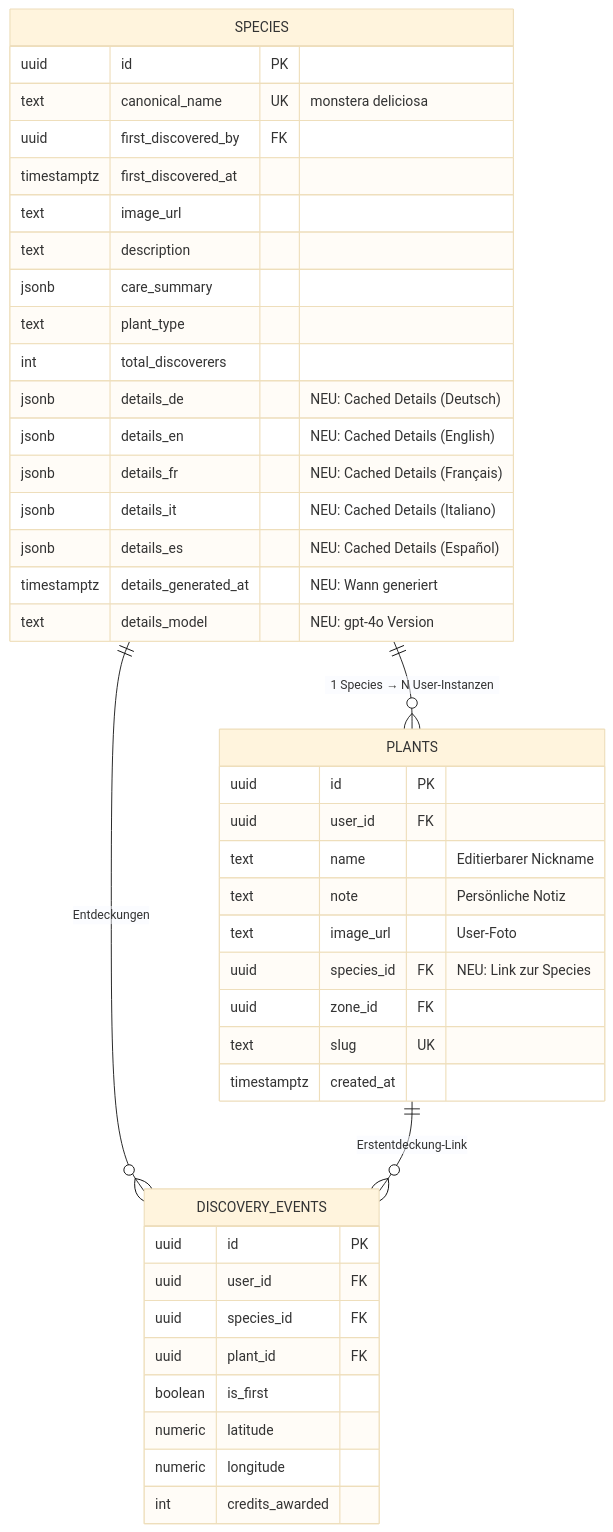
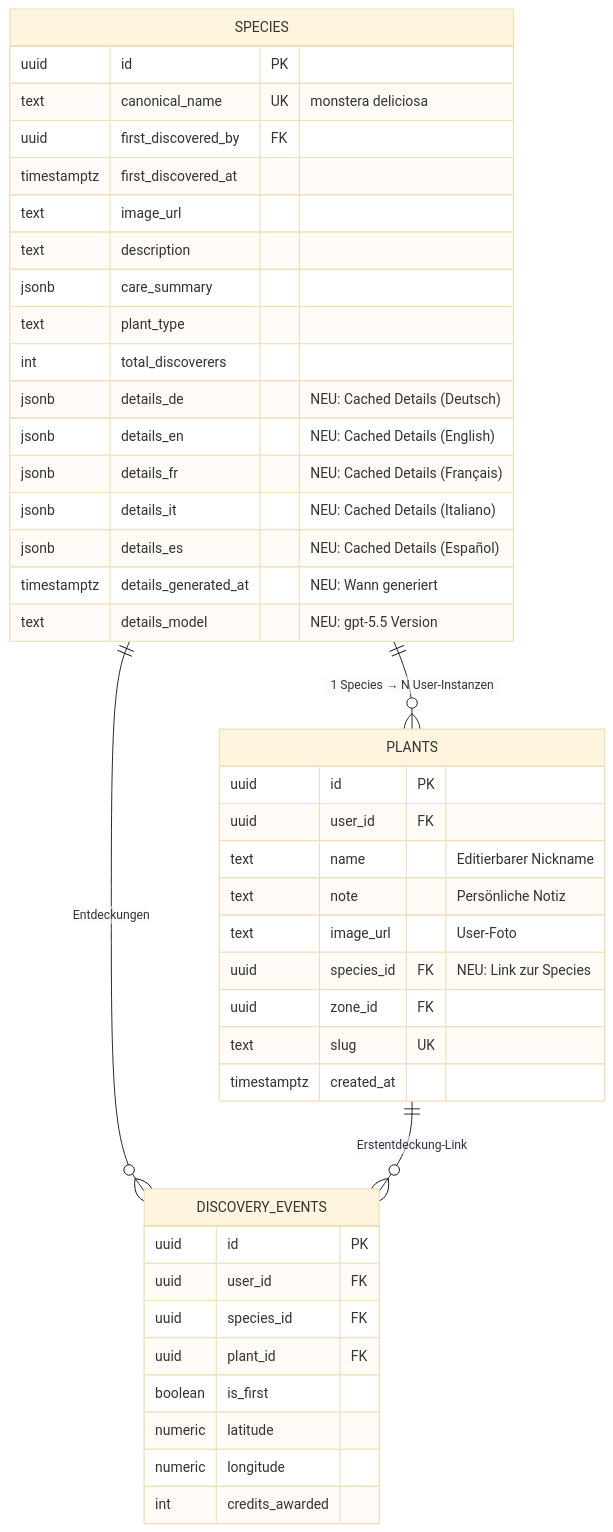
One commit to 3lC4pt41n/Mein-Gaertner-App changed the second of 4 diagrams in docs/architecture/pflanzen-dex.md. Above: the diagram before and after it, drawn with Mermaid (base theme). The commit also changed other lines of this file and 7 other files, not shown here.

````diff
--- a/docs/architecture/pflanzen-dex.md
+++ b/docs/architecture/pflanzen-dex.md
@@ -127,48 +127,48 @@
 ```mermaid
 erDiagram
     SPECIES {
         uuid id PK
         text canonical_name UK "monstera deliciosa"
         uuid first_discovered_by FK
         timestamptz first_discovered_at
         text image_url
         text description
         jsonb care_summary
         text plant_type
         int total_discoverers
         jsonb details_de "NEU: Cached Details (Deutsch)"
         jsonb details_en "NEU: Cached Details (English)"
         jsonb details_fr "NEU: Cached Details (Français)"
         jsonb details_it "NEU: Cached Details (Italiano)"
         jsonb details_es "NEU: Cached Details (Español)"
         timestamptz details_generated_at "NEU: Wann generiert"
-        text details_model "NEU: gpt-4o Version"
+        text details_model "NEU: gpt-5.5 Version"
     }
 
     PLANTS {
         uuid id PK
         uuid user_id FK
         text name "Editierbarer Nickname"
         text note "Persönliche Notiz"
         text image_url "User-Foto"
         uuid species_id FK "NEU: Link zur Species"
         uuid zone_id FK
         text slug UK
         timestamptz created_at
     }
 
     DISCOVERY_EVENTS {
         uuid id PK
         uuid user_id FK
         uuid species_id FK
         uuid plant_id FK
         boolean is_first
         numeric latitude
         numeric longitude
         int credits_awarded
     }
 
     SPECIES ||--o{ PLANTS : "1 Species → N User-Instanzen"
     SPECIES ||--o{ DISCOVERY_EVENTS : "Entdeckungen"
     PLANTS ||--o{ DISCOVERY_EVENTS : "Erstentdeckung-Link"
 ```
````
